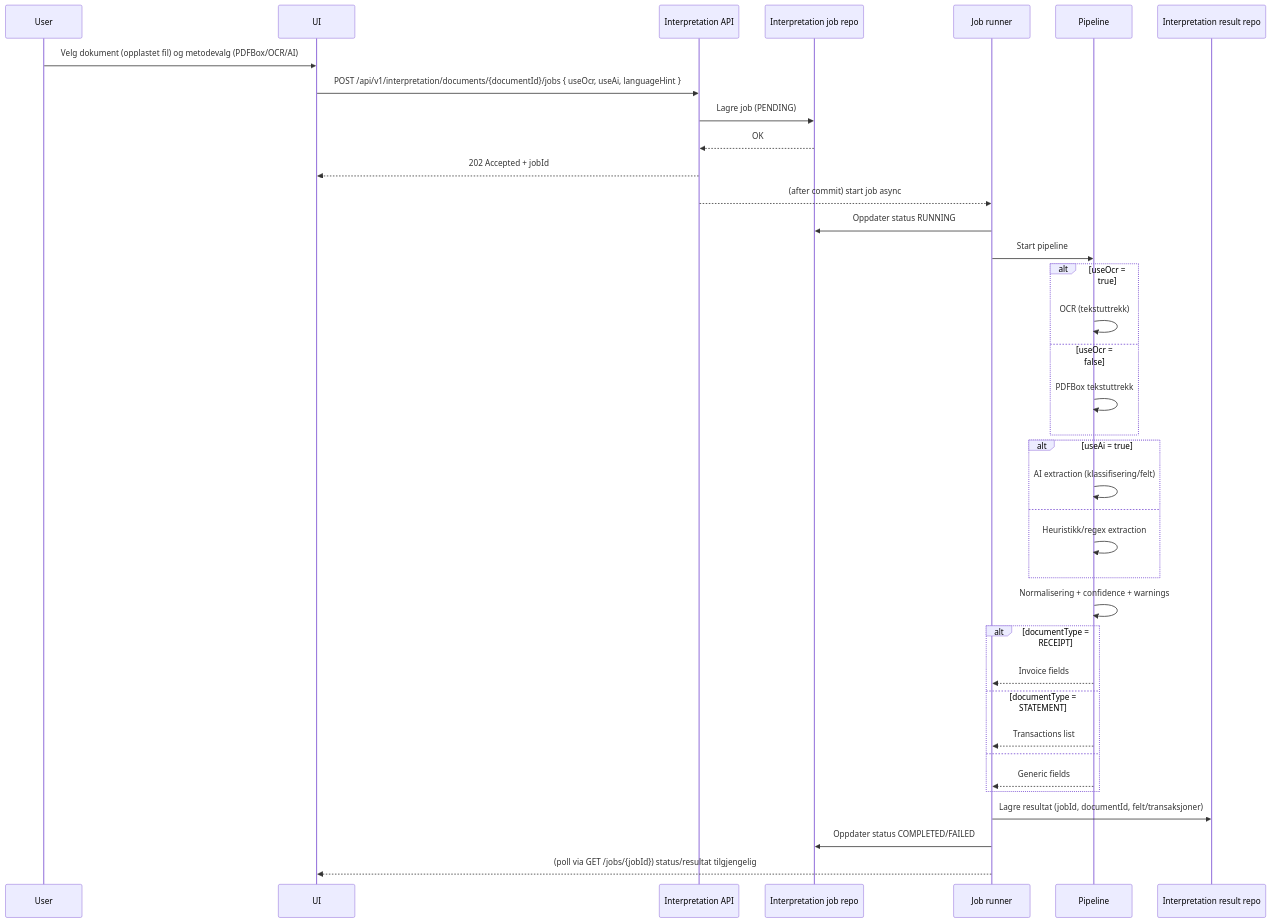
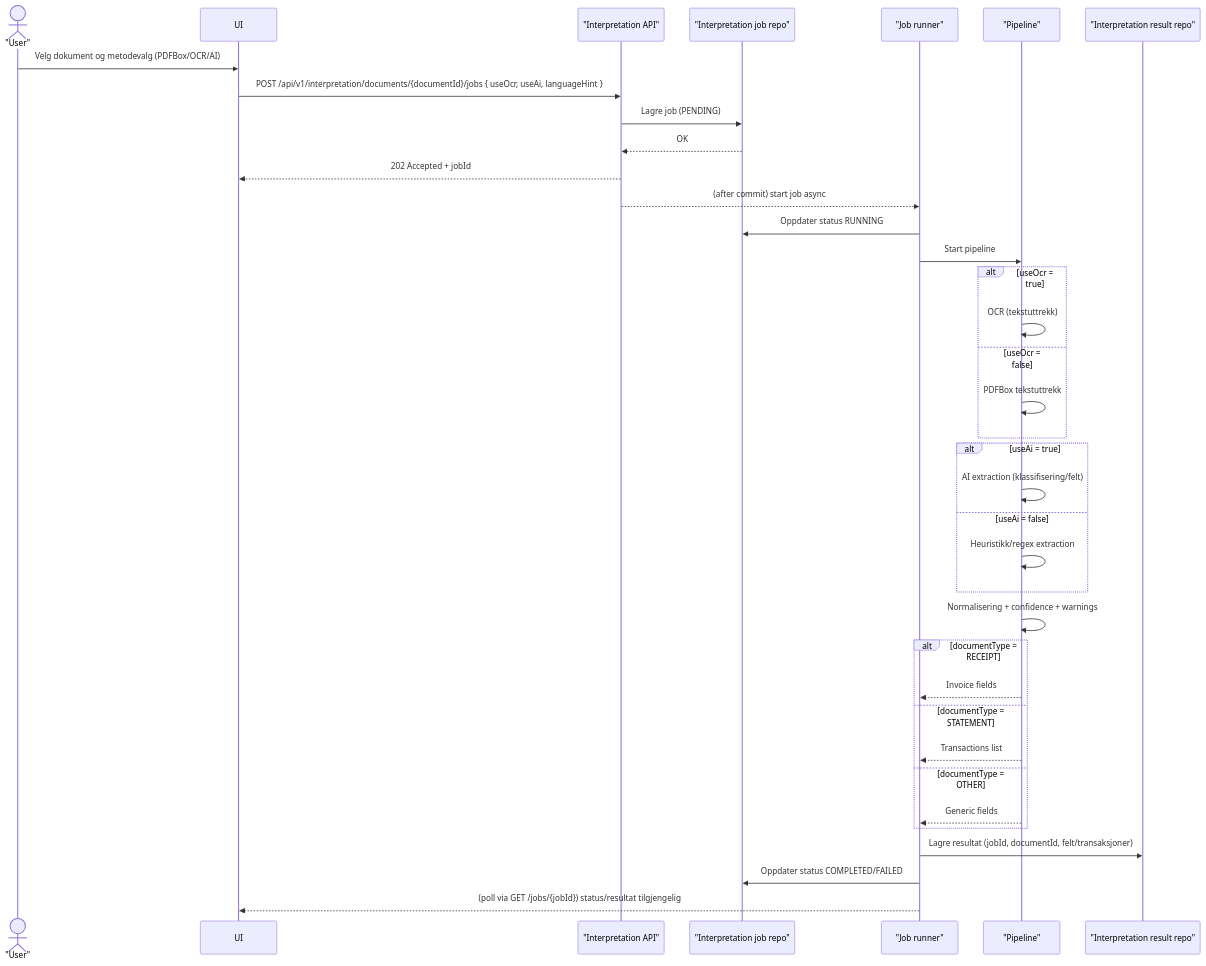
The third of 6 diagrams in ARCHITECTURE.md (Frankiestesting/pocketaccount), drawn with Mermaid before and after one commit. The commit also changed other lines of this file, not shown here.

Commit message:
Manual fix

````diff
--- a/ARCHITECTURE.md
+++ b/ARCHITECTURE.md
@@ -193,41 +193,46 @@
 ```mermaid
 sequenceDiagram
-  participant User
+  actor U as "User"
   participant UI
-  participant IntAPI as Interpretation API
-  participant JobRepo as Interpretation job repo
-  participant Runner as Job runner
-  participant Pipeline as Pipeline
-  participant ResultRepo as Interpretation result repo
+  participant IntAPI as "Interpretation API"
+  participant JobRepo as "Interpretation job repo"
+  participant Runner as "Job runner"
+  participant Pipeline as "Pipeline"
+  participant ResultRepo as "Interpretation result repo"
 
-  User->>UI: Velg dokument (opplastet fil) og metodevalg (PDFBox/OCR/AI)
+  U->>UI: Velg dokument og metodevalg (PDFBox/OCR/AI)
   UI->>IntAPI: POST /api/v1/interpretation/documents/{documentId}/jobs { useOcr, useAi, languageHint }
   IntAPI->>JobRepo: Lagre job (PENDING)
   JobRepo-->>IntAPI: OK
   IntAPI-->>UI: 202 Accepted + jobId
   IntAPI-->>Runner: (after commit) start job async
 
   Runner->>JobRepo: Oppdater status RUNNING
   Runner->>Pipeline: Start pipeline
+
   alt useOcr = true
     Pipeline->>Pipeline: OCR (tekstuttrekk)
   else useOcr = false
     Pipeline->>Pipeline: PDFBox tekstuttrekk
   end
+
   alt useAi = true
     Pipeline->>Pipeline: AI extraction (klassifisering/felt)
-  else
+  else useAi = false
     Pipeline->>Pipeline: Heuristikk/regex extraction
   end
+
   Pipeline->>Pipeline: Normalisering + confidence + warnings
+
   alt documentType = RECEIPT
     Pipeline-->>Runner: Invoice fields
   else documentType = STATEMENT
     Pipeline-->>Runner: Transactions list
-  else
+  else documentType = OTHER
     Pipeline-->>Runner: Generic fields
   end
+
   Runner->>ResultRepo: Lagre resultat (jobId, documentId, felt/transaksjoner)
   Runner->>JobRepo: Oppdater status COMPLETED/FAILED
   Runner-->>UI: (poll via GET /jobs/{jobId}) status/resultat tilgjengelig
 ```
````
